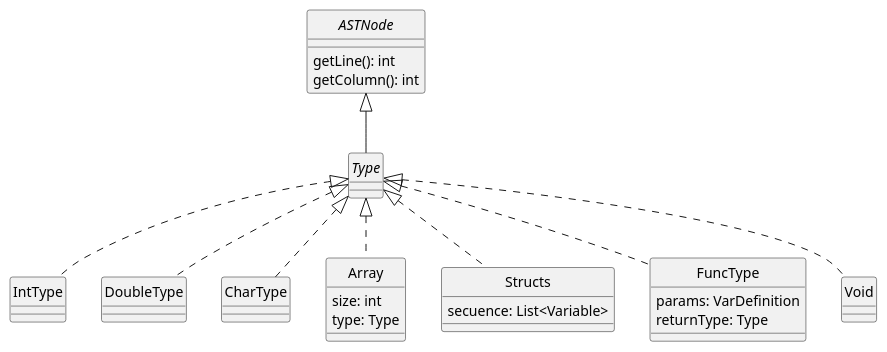
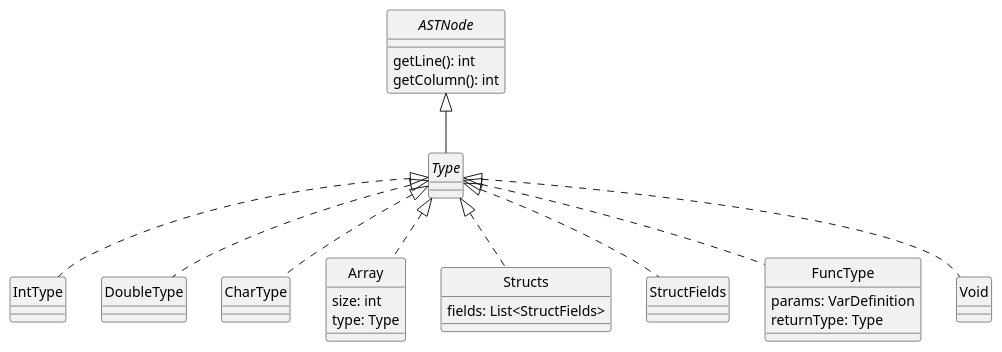
Before and after one commit to JonathanAriass/dlp-examen: the diagram in docs/diagrams/types.plantuml, drawn with PlantUML. The commit also changed 5 other files, not shown here.

Commit message:
add AST UML changes and start AST java classes

```diff
--- a/docs/diagrams/types.plantuml
+++ b/docs/diagrams/types.plantuml
@@ -1,52 +1,54 @@
 @startuml Types
 skinparam style strictuml
 skinparam monochrome true
 
 interface ASTNode {
     getLine(): int
     getColumn(): int
 }
 
 interface Type
 
 ASTNode <|-- Type
 
 class IntType
 
 Type <|.. IntType
 
 class DoubleType
 
 Type <|.. DoubleType
 
 class CharType
 
 Type <|.. CharType
 
 class Array {
     size: int
     type: Type
 }
 
 Type <|.. Array
 
 class Structs {
-    secuence: List<Variable>
+    fields: List<StructFields>
 }
+
+class StructFields implements Type {}
 
 Type <|.. Structs
 
 class FuncType {
     params: VarDefinition
     returnType: Type
 }
 
 Type <|.. FuncType
 
 class Void {
 
 }
 
 Type <|.. Void
 
 @enduml
```
